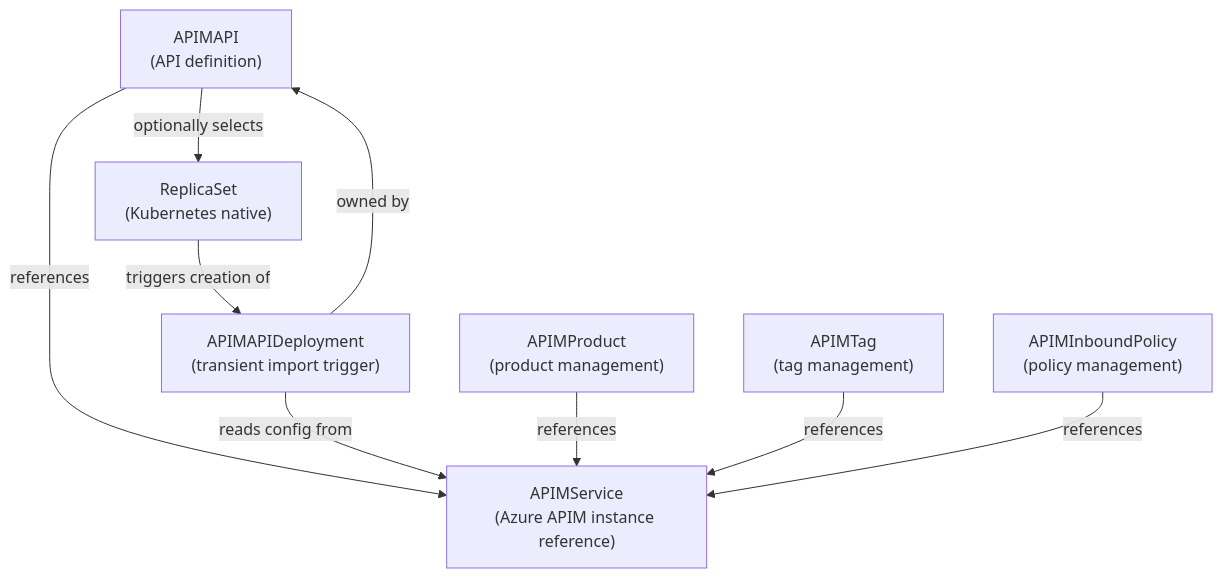
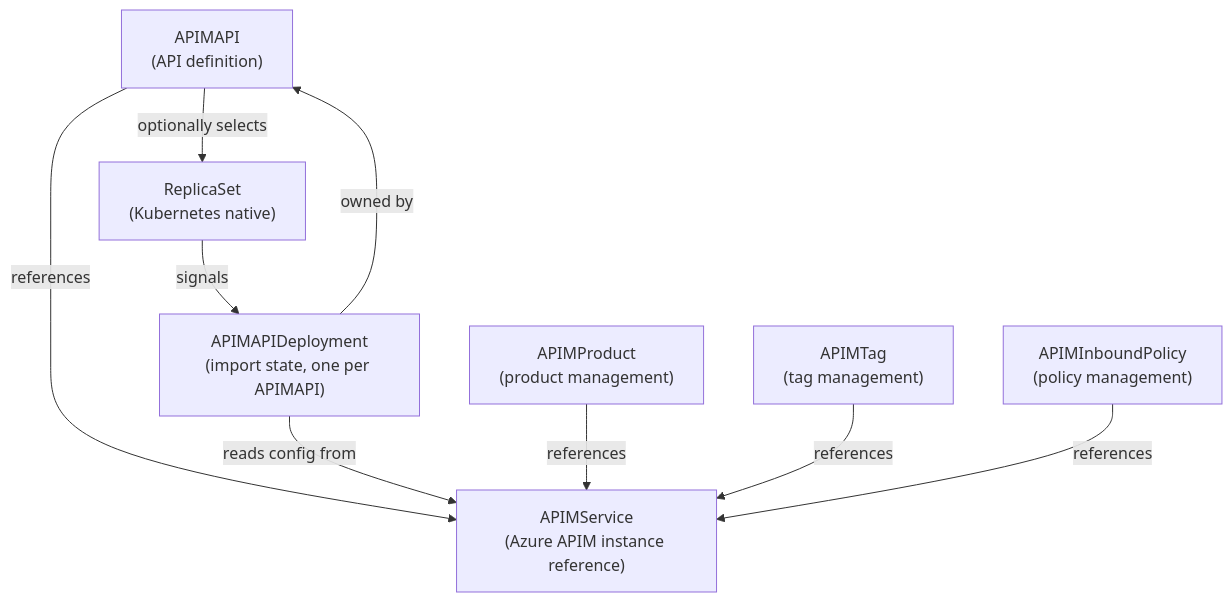
One commit to hedinbil/azure-apim-operator changed the third of 3 diagrams in docs/architecture.md. Above: the diagram before and after it, drawn with Mermaid. The commit also changed other lines of this file and 78 other files, not shown here.

````diff
--- a/docs/architecture.md
+++ b/docs/architecture.md
@@ -180,19 +209,19 @@
 ```mermaid
 flowchart TD
     APIMService["APIMService\n(Azure APIM instance reference)"]
     APIMAPI["APIMAPI\n(API definition)"]
-    APIMAPIDeployment["APIMAPIDeployment\n(transient import trigger)"]
+    APIMAPIDeployment["APIMAPIDeployment\n(import state, one per APIMAPI)"]
     APIMProduct["APIMProduct\n(product management)"]
     APIMTag["APIMTag\n(tag management)"]
     APIMInboundPolicy["APIMInboundPolicy\n(policy management)"]
     ReplicaSet["ReplicaSet\n(Kubernetes native)"]
 
     APIMAPI -->|references| APIMService
     APIMAPI -->|optionally selects| ReplicaSet
     APIMAPIDeployment -->|owned by| APIMAPI
     APIMAPIDeployment -->|reads config from| APIMService
     APIMProduct -->|references| APIMService
     APIMTag -->|references| APIMService
     APIMInboundPolicy -->|references| APIMService
-    ReplicaSet -->|triggers creation of| APIMAPIDeployment
+    ReplicaSet -->|signals| APIMAPIDeployment
 ```
````
